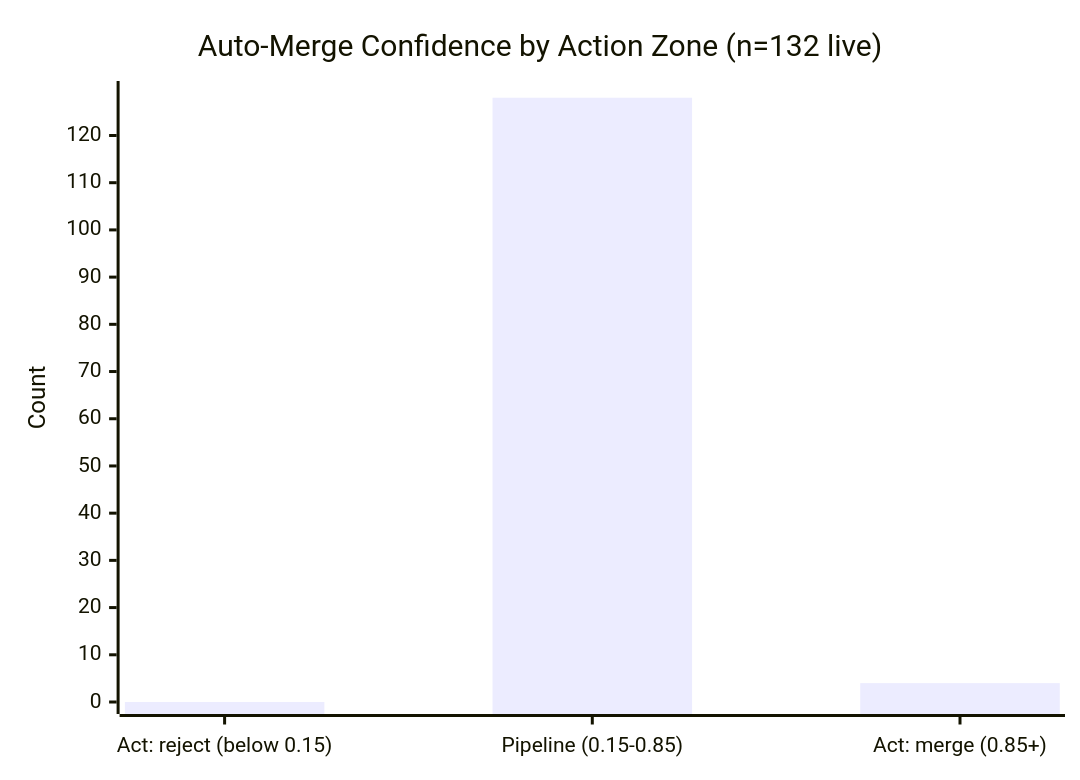
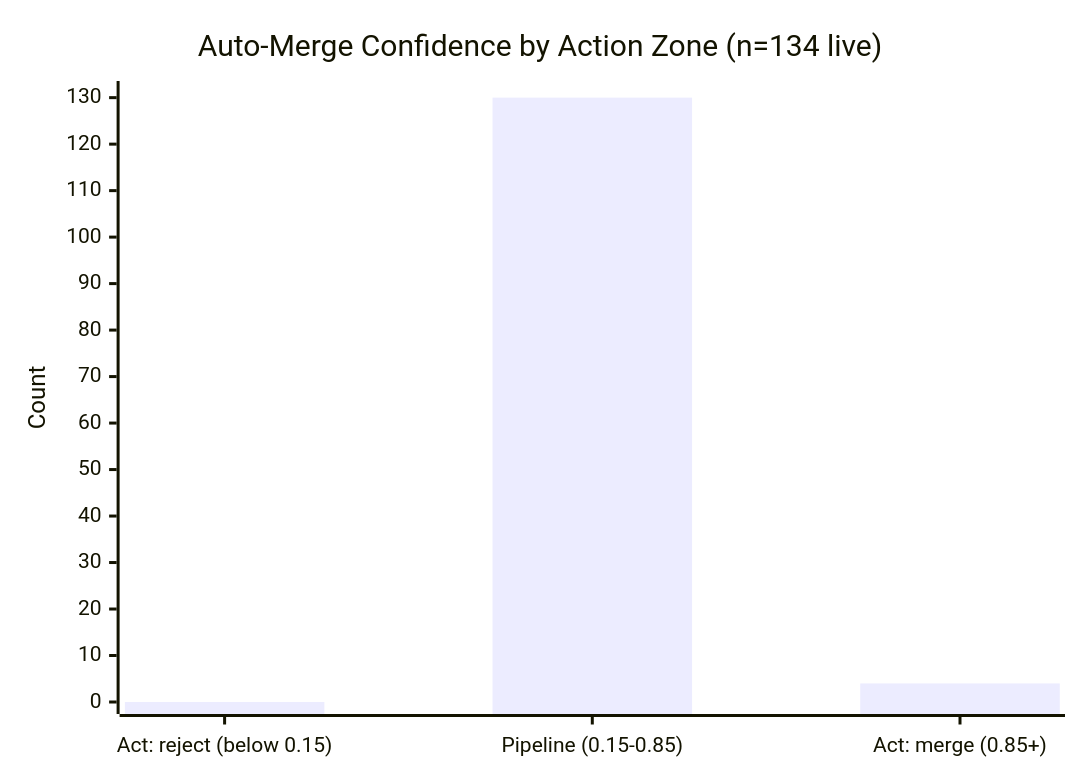
Before and after one commit to Sanctum-Origo-Systems/patina: the second of 4 diagrams in JEV.md, drawn with Mermaid. The commit also changed other lines of this file, not shown here.

````diff
--- a/JEV.md
+++ b/JEV.md
@@ -17,7 +17,7 @@
 ```mermaid
 xychart-beta
-    title "Auto-Merge Confidence by Action Zone (n=132 live)"
+    title "Auto-Merge Confidence by Action Zone (n=134 live)"
     x-axis ["Act: reject (below 0.15)", "Pipeline (0.15-0.85)", "Act: merge (0.85+)"]
-    y-axis "Count" 0 --> 129
-    bar [0, 128, 4]
+    y-axis "Count" 0 --> 131
+    bar [0, 130, 4]
 ```
````
